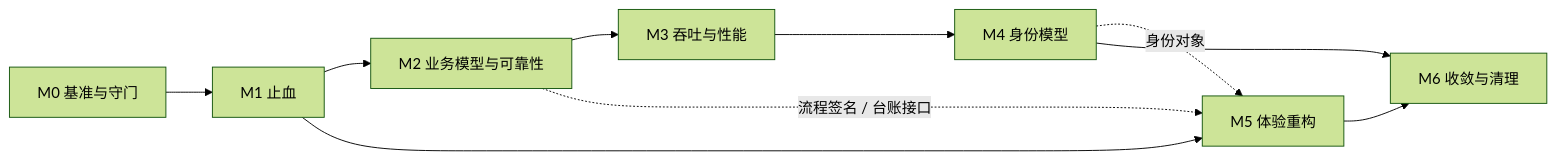
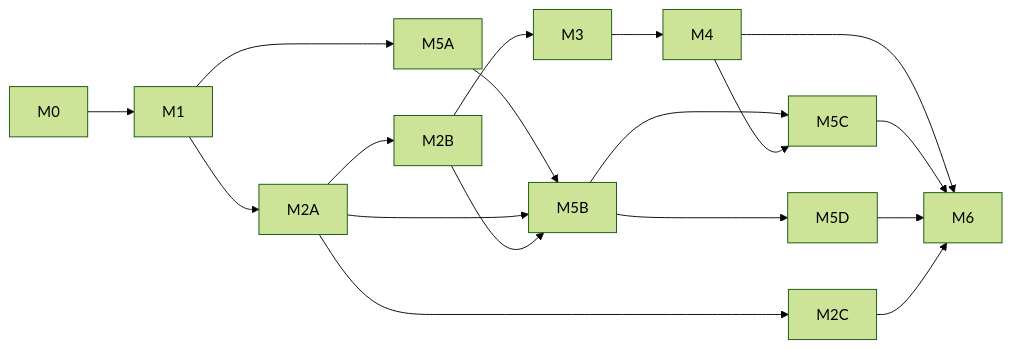
One commit to 1127152834/auto-flow changed the diagram in docs/superpowers/specs/2026-09-30-remediation-roadmap.md. Above: the diagram before and after it, drawn with Mermaid (forest theme). The commit also changed other lines of this file and 21 other files, not shown here.

````diff
--- a/docs/superpowers/specs/2026-09-30-remediation-roadmap.md
+++ b/docs/superpowers/specs/2026-09-30-remediation-roadmap.md
@@ -31,12 +33,16 @@
 ```mermaid
 flowchart LR
-  M0[M0 基准与守门] --> M1[M1 止血]
-  M1 --> M2[M2 业务模型与可靠性]
-  M2 --> M3[M3 吞吐与性能]
-  M3 --> M4[M4 身份模型]
-  M1 --> M5[M5 体验重构]
-  M2 -. 流程签名 / 台账接口 .-> M5
-  M4 -. 身份对象 .-> M5
-  M4 --> M6[M6 收敛与清理]
-  M5 --> M6
+  M0 --> M1 --> M2A --> M2B --> M3 --> M4
+  M2A --> M2C
+  M1 --> M5A
+  M5A --> M5B
+  M2A --> M5B
+  M2B --> M5B
+  M5B --> M5C
+  M4 --> M5C
+  M5B --> M5D
+  M4 --> M6
+  M5C --> M6
+  M5D --> M6
+  M2C --> M6
 ```
````
